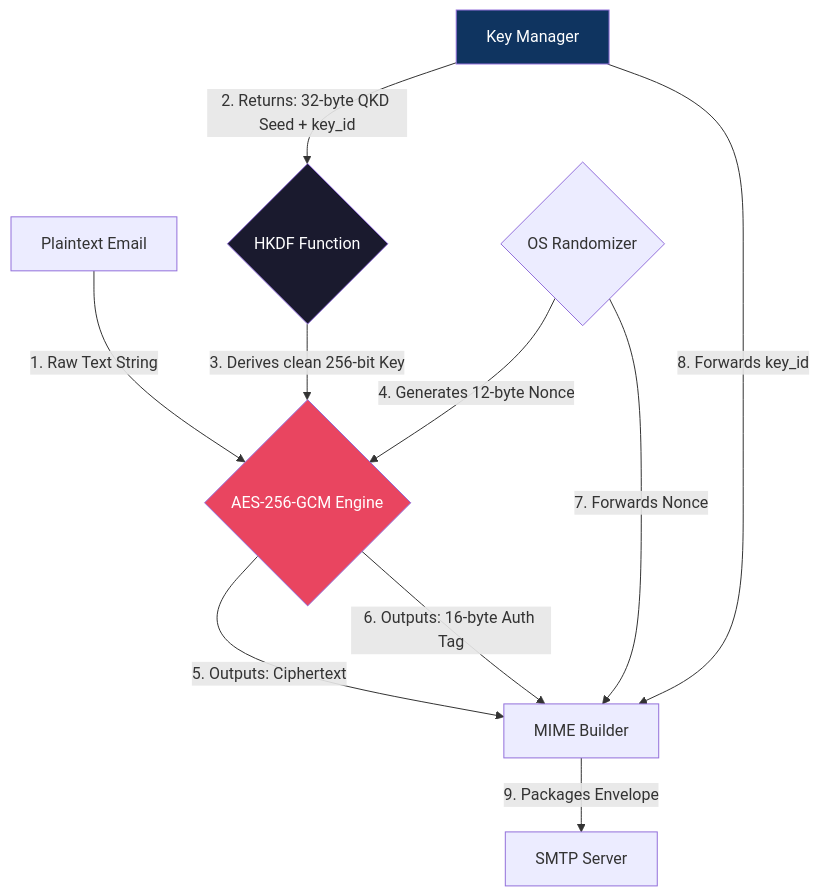
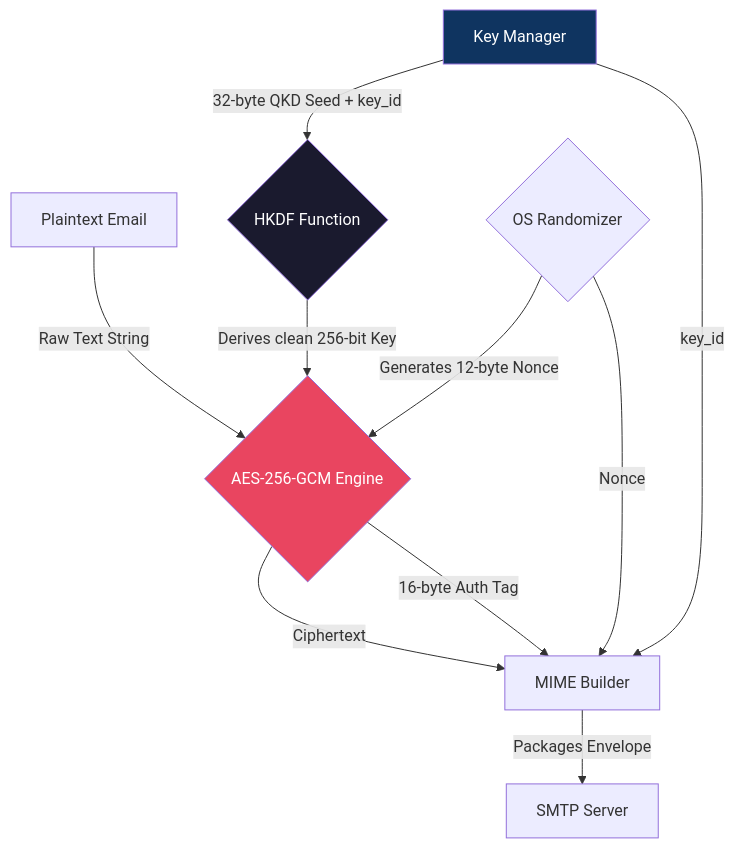
Before and after one commit to SushanthKS06/QuMail: the fourth of 5 diagrams in docs/security-data-flow.md, drawn with Mermaid. The commit also changed other lines of this file, not shown here.

````diff
--- a/docs/security-data-flow.md
+++ b/docs/security-data-flow.md
@@ -68,31 +115,31 @@
 ```mermaid
 flowchart TD
     %% Components
-    PT[Plaintext Email]
-    KM[Key Manager]
-    HKDF{HKDF Function}
-    RNG{OS Randomizer}
-    AES{AES-256-GCM Engine}
-    MIME[MIME Builder]
-    SMTP[SMTP Server]
+    PT["Plaintext Email"]
+    KM["Key Manager"]
+    HKDF{"HKDF Function"}
+    RNG{"OS Randomizer"}
+    AES{"AES-256-GCM Engine"}
+    MIME["MIME Builder"]
+    SMTP["SMTP Server"]
     
     %% Data Flow
-    PT -->|1. Raw Text String| AES
+    PT -->|"Raw Text String"| AES
     
-    KM -->|2. Returns: 32-byte QKD Seed + key_id| HKDF
-    HKDF -->|3. Derives clean 256-bit Key| AES
+    KM -->|"32-byte QKD Seed + key_id"| HKDF
+    HKDF -->|"Derives clean 256-bit Key"| AES
     
-    RNG -->|4. Generates 12-byte Nonce| AES
+    RNG -->|"Generates 12-byte Nonce"| AES
     
-    AES -->|5. Outputs: Ciphertext| MIME
-    AES -->|6. Outputs: 16-byte Auth Tag| MIME
-    RNG -->|7. Forwards Nonce| MIME
-    KM -->|8. Forwards key_id| MIME
+    AES -->|"Ciphertext"| MIME
+    AES -->|"16-byte Auth Tag"| MIME
+    RNG -->|"Nonce"| MIME
+    KM -->|"key_id"| MIME
     
-    MIME -->|9. Packages Envelope| SMTP
+    MIME -->|"Packages Envelope"| SMTP
     
     %% Styling
     style AES fill:#e94560,color:#fff
     style HKDF fill:#1a1a2e,color:#fff
     style KM fill:#0f3460,color:#fff
 ```
````
